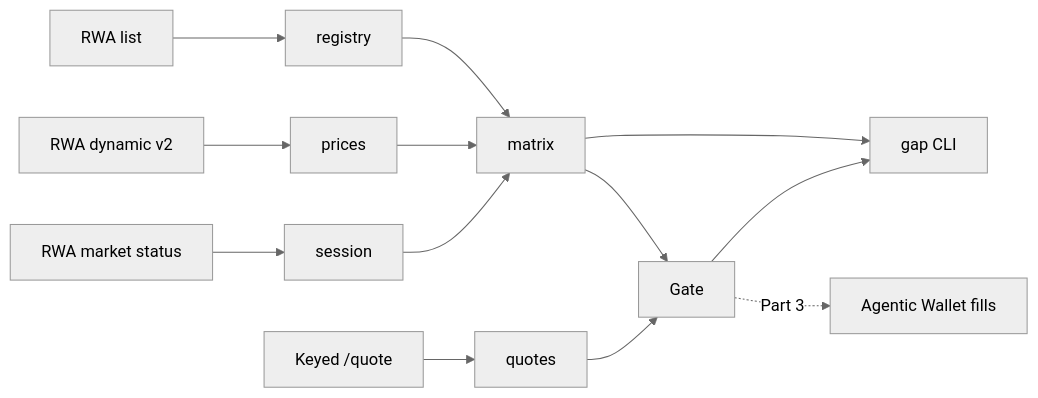
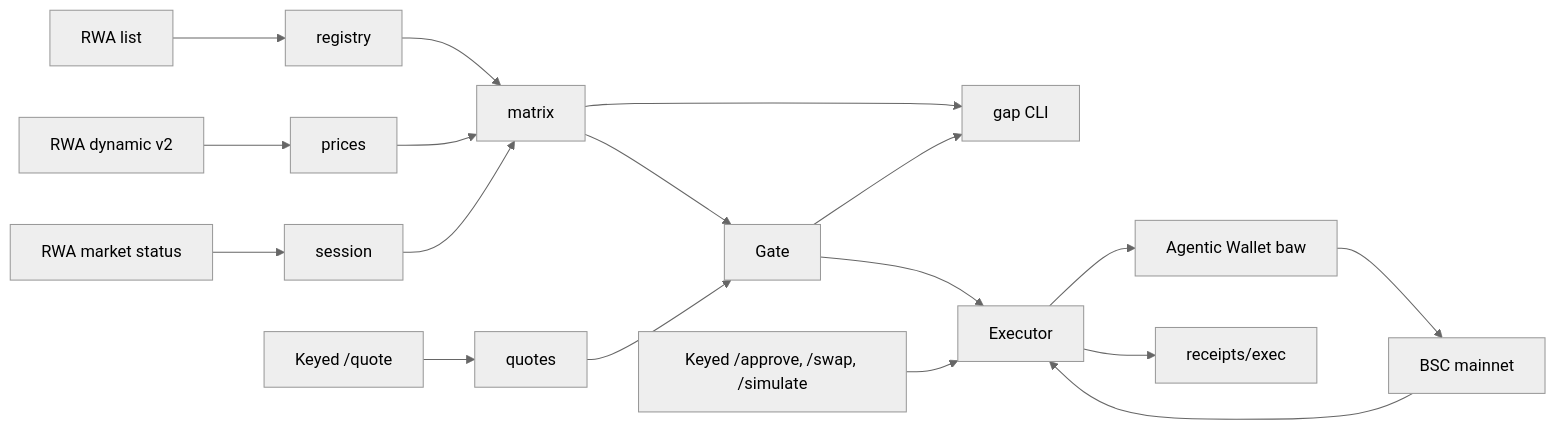
One commit to Assassin859/executable-gap-desk changed the diagram in README.md. Above: the diagram before and after it, drawn with Mermaid (neutral theme). The commit also changed other lines of this file and 14 other files, not shown here.

First line of the commit message:
Part 3: first mainnet fills through gap exec, proof ledger and DX findings

````diff
--- a/README.md
+++ b/README.md
@@ -106,15 +128,20 @@
 ```mermaid
 flowchart LR
   listApi[RWA list] --> registry
   statusApi[RWA market status] --> session
   dynApi[RWA dynamic v2] --> prices
   registry --> matrix
   prices --> matrix
   session --> matrix
   matrix --> cli[gap CLI]
   quoteApi[Keyed /quote] --> quotes
   matrix --> gate[Gate]
   quotes --> gate
   gate --> cli
-  gate -.->|Part 3| baw[Agentic Wallet fills]
+  gate --> exec[Executor]
+  swapApi[Keyed /approve, /swap, /simulate] --> exec
+  exec --> baw[Agentic Wallet baw]
+  baw --> bsc[BSC mainnet]
+  bsc --> exec
+  exec --> receipts[receipts/exec]
 ```
````
